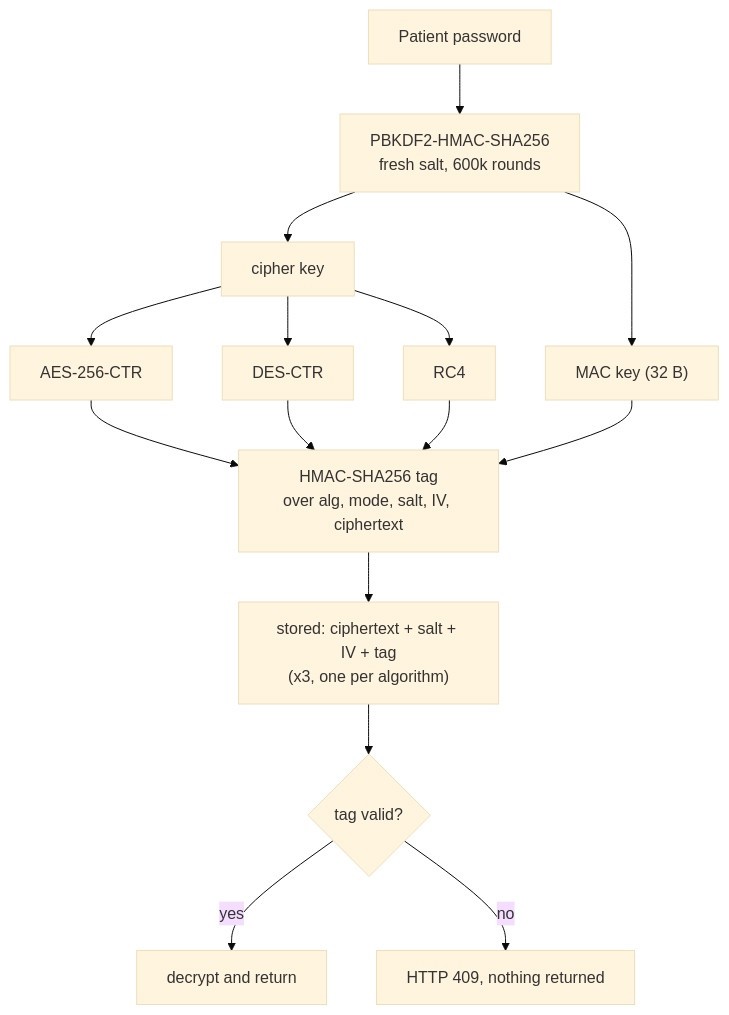
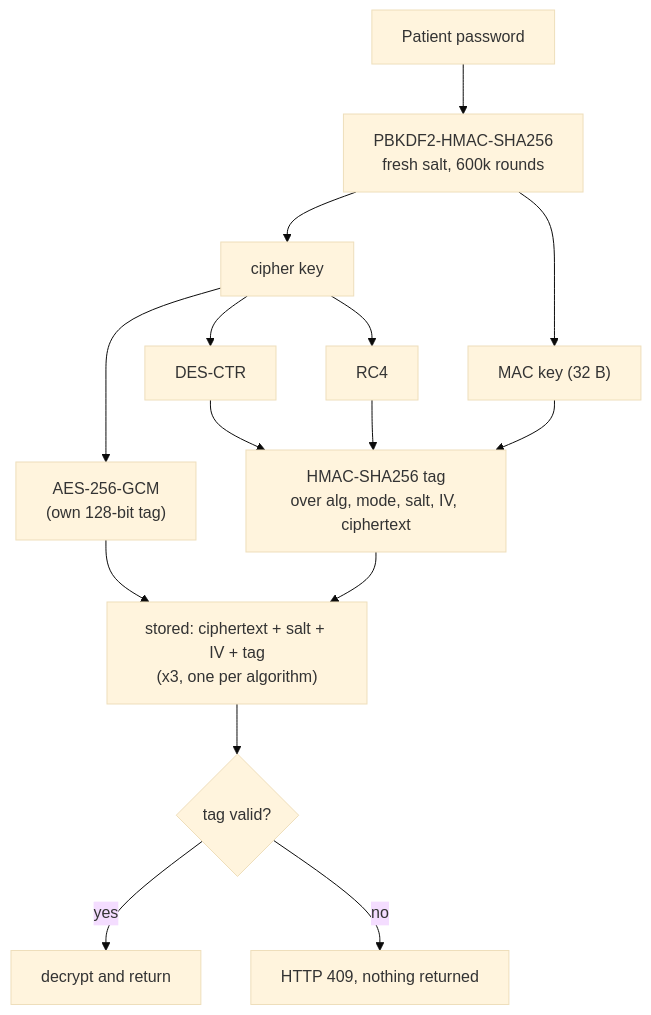
Before and after one commit to nittsuj/cipher-safe-backend: the diagram in docs/encryption.md, drawn with Mermaid (base theme). The commit also changed other lines of this file and 5 other files, not shown here.

Commit message:
feat(crypto): encrypt AES with GCM instead of CTR + HMAC

````diff
--- a/docs/encryption.md
+++ b/docs/encryption.md
@@ -237,17 +264,17 @@
 ```mermaid
 flowchart TD
     P["Patient password"] --> K["PBKDF2-HMAC-SHA256<br/>fresh salt, 600k rounds"]
     K --> CK["cipher key"]
     K --> MK["MAC key (32 B)"]
-    CK --> AES["AES-256-CTR"]
+    CK --> AES["AES-256-GCM<br/>(own 128-bit tag)"]
     CK --> DES["DES-CTR"]
     CK --> RC4["RC4"]
-    AES --> T["HMAC-SHA256 tag<br/>over alg, mode, salt, IV, ciphertext"]
-    DES --> T
+    DES --> T["HMAC-SHA256 tag<br/>over alg, mode, salt, IV, ciphertext"]
     RC4 --> T
     MK --> T
+    AES --> OUT
     T --> OUT["stored: ciphertext + salt + IV + tag<br/>(x3, one per algorithm)"]
     OUT --> V{"tag valid?"}
     V -- yes --> D["decrypt and return"]
     V -- no --> R["HTTP 409, nothing returned"]
 ```
````
